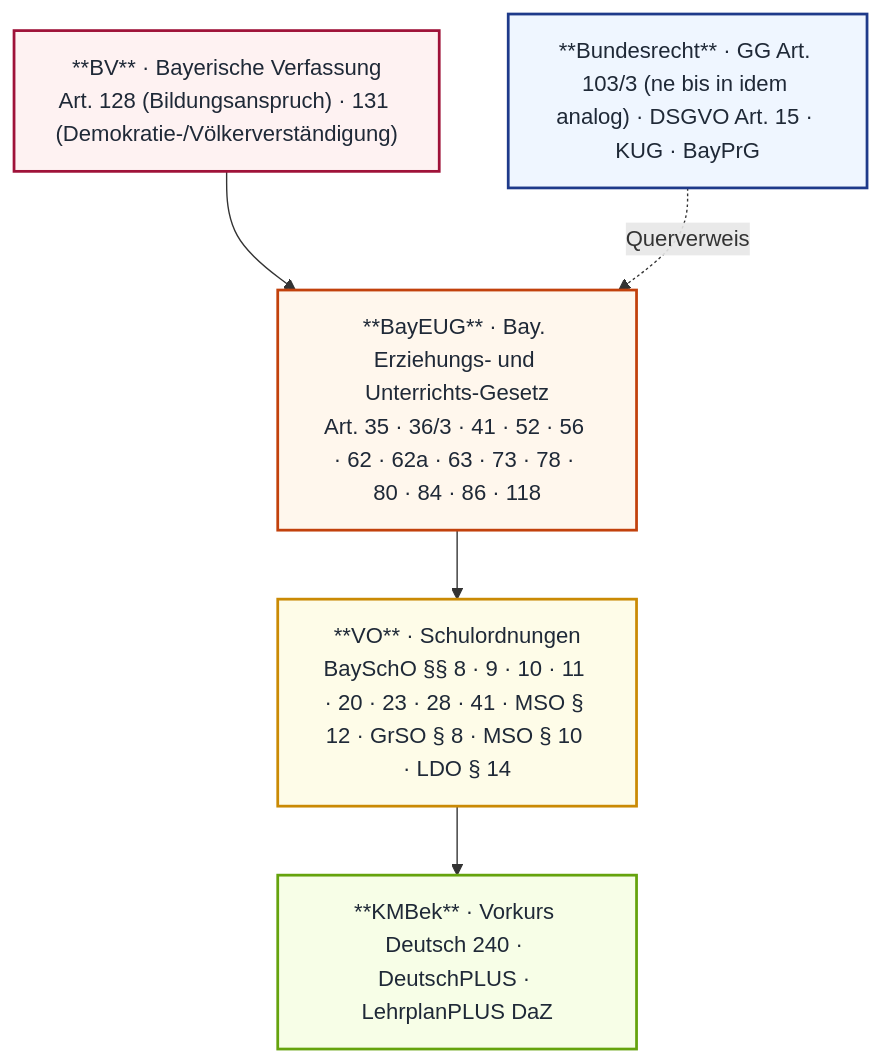
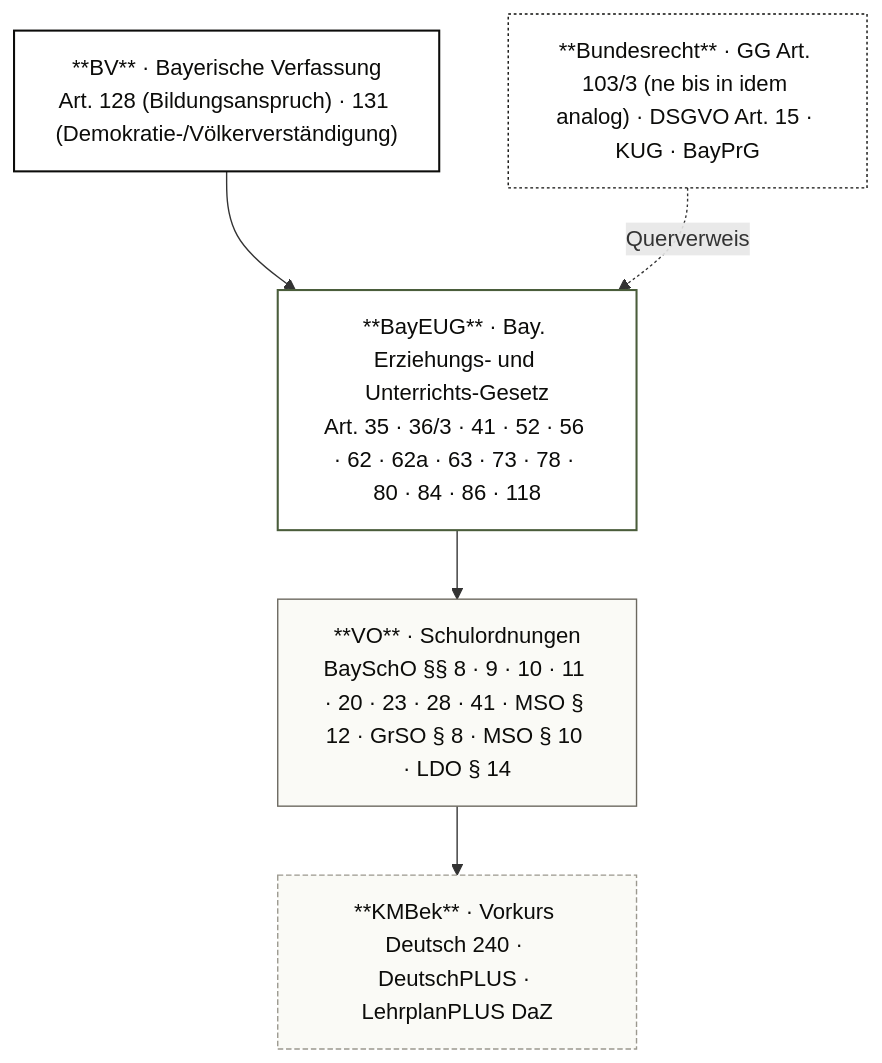
Before and after one commit to snflsknfkldnfs/weitergehts-online: the first of 3 diagrams in _mkdocs/docs/mp05/index.md, drawn with Mermaid. The commit also changed 30 other files, not shown here.

````diff
--- a/_mkdocs/docs/mp05/index.md
+++ b/_mkdocs/docs/mp05/index.md
@@ -11,17 +11,17 @@
 ```mermaid
 flowchart TB
  BV["**BV** · Bayerische Verfassung<br/>Art. 128 (Bildungsanspruch) · 131 (Demokratie-/Völkerverständigung)"]:::bv
  BAY["**BayEUG** · Bay. Erziehungs- und Unterrichts-Gesetz<br/>Art. 35 · 36/3 · 41 · 52 · 56 · 62 · 62a · 63 · 73 · 78 · 80 · 84 · 86 · 118"]:::bay
  VO["**VO** · Schulordnungen<br/>BaySchO §§ 8 · 9 · 10 · 11 · 20 · 23 · 28 · 41 · MSO § 12 · GrSO § 8 · MSO § 10 · LDO § 14"]:::vo
  KM["**KMBek** · Vorkurs Deutsch 240 · DeutschPLUS · LehrplanPLUS DaZ"]:::km
  BUND["**Bundesrecht** · GG Art. 103/3 (ne bis in idem analog) · DSGVO Art. 15 · KUG · BayPrG"]:::bund
 
  BV --> BAY --> VO --> KM
  BUND -.Querverweis.-> BAY
 
- classDef bv fill:#fef2f2,stroke:#9f1239,stroke-width:2px,color:#1f2937
- classDef bay fill:#fff7ed,stroke:#c2410c,stroke-width:2px,color:#1f2937
- classDef vo fill:#fefce8,stroke:#ca8a04,stroke-width:2px,color:#1f2937
- classDef km fill:#f7fee7,stroke:#65a30d,stroke-width:2px,color:#1f2937
- classDef bund fill:#eff6ff,stroke:#1e3a8a,stroke-width:2px,color:#1f2937
+ classDef bv fill:#ffffff,stroke:#0c0c0a,stroke-width:1.5px,color:#0c0c0a
+ classDef bay fill:#ffffff,stroke:#4a5d3b,stroke-width:1.5px,color:#0c0c0a
+ classDef vo fill:#fafaf6,stroke:#6b685f,stroke-width:1px,color:#0c0c0a
+ classDef km fill:#fafaf6,stroke:#9b988e,stroke-width:1px,color:#0c0c0a,stroke-dasharray: 4 2
+ classDef bund fill:#ffffff,stroke:#0c0c0a,stroke-width:1px,color:#0c0c0a,stroke-dasharray: 2 2
 ```
````
